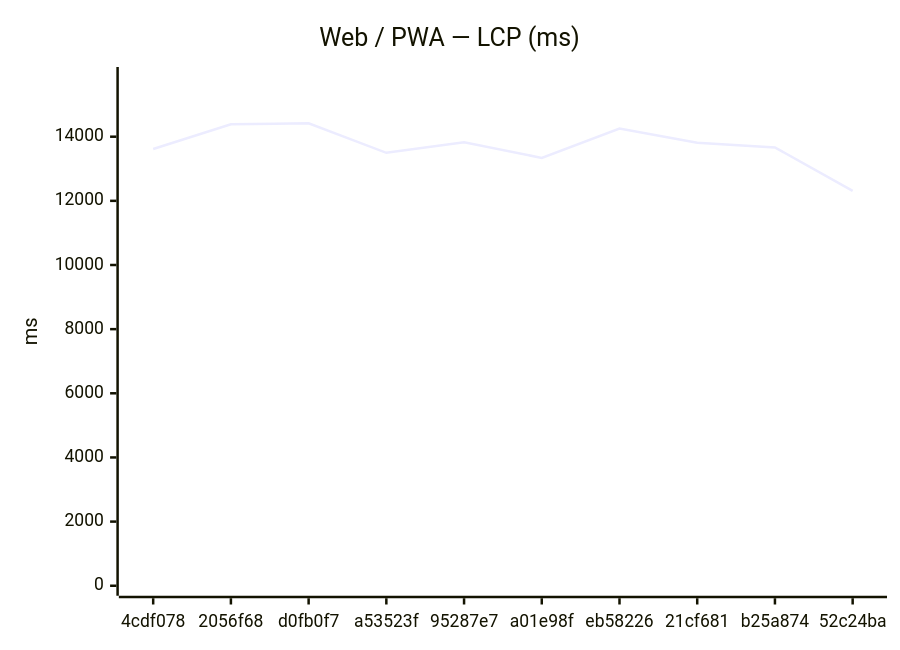
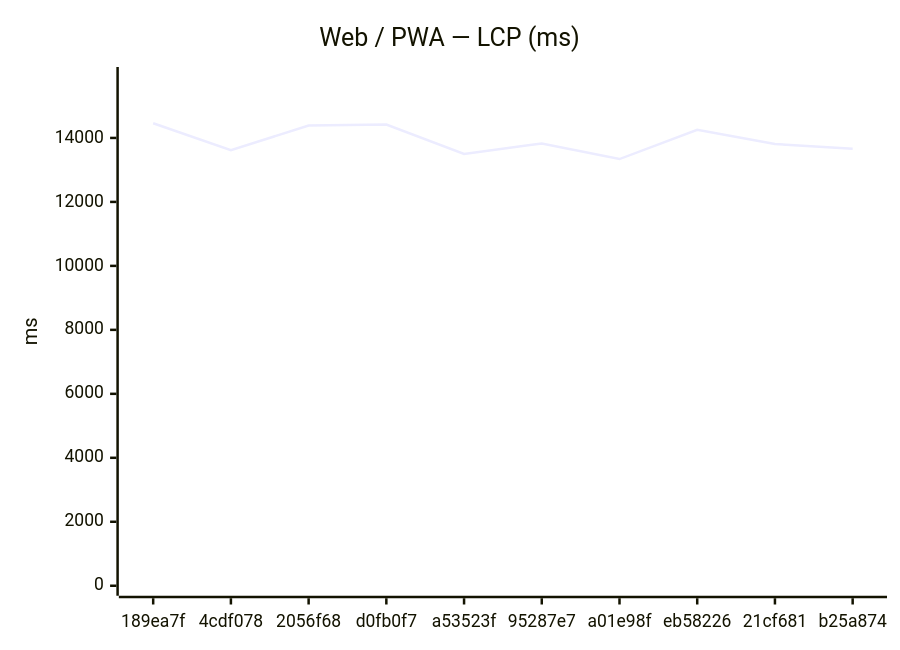
The first of 18 diagrams in benchmarks/compare.md (Metaheurist/Rianell), drawn with Mermaid before and after one commit. The commit also changed other lines of this file and 11 other files, not shown here.

````diff
--- a/benchmarks/compare.md
+++ b/benchmarks/compare.md
@@ -24,7 +24,7 @@
 ```mermaid
 xychart-beta
     title "Web / PWA — LCP (ms)"
-    x-axis ["4cdf078", "2056f68", "d0fb0f7", "a53523f", "95287e7", "a01e98f", "eb58226", "21cf681", "b25a874", "52c24ba"]
-    y-axis "ms" 0 --> 15861
-    line [13617, 14386, 14419, 13497, 13828, 13339, 14256, 13811, 13665, 12311]
+    x-axis ["189ea7f", "4cdf078", "2056f68", "d0fb0f7", "a53523f", "95287e7", "a01e98f", "eb58226", "21cf681", "b25a874"]
+    y-axis "ms" 0 --> 15905
+    line [14459, 13617, 14386, 14419, 13497, 13828, 13339, 14256, 13811, 13665]
 ```
````
